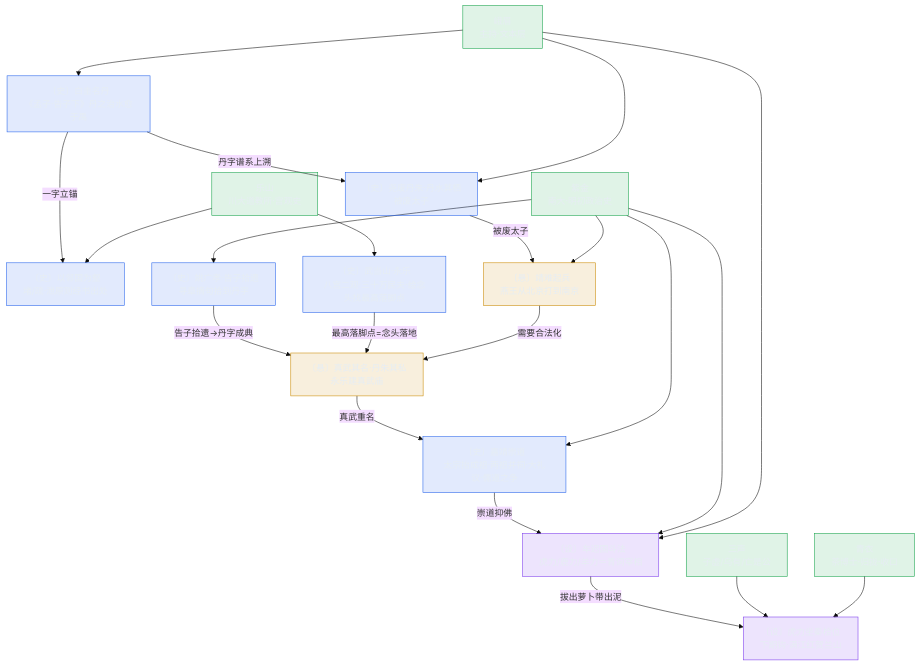
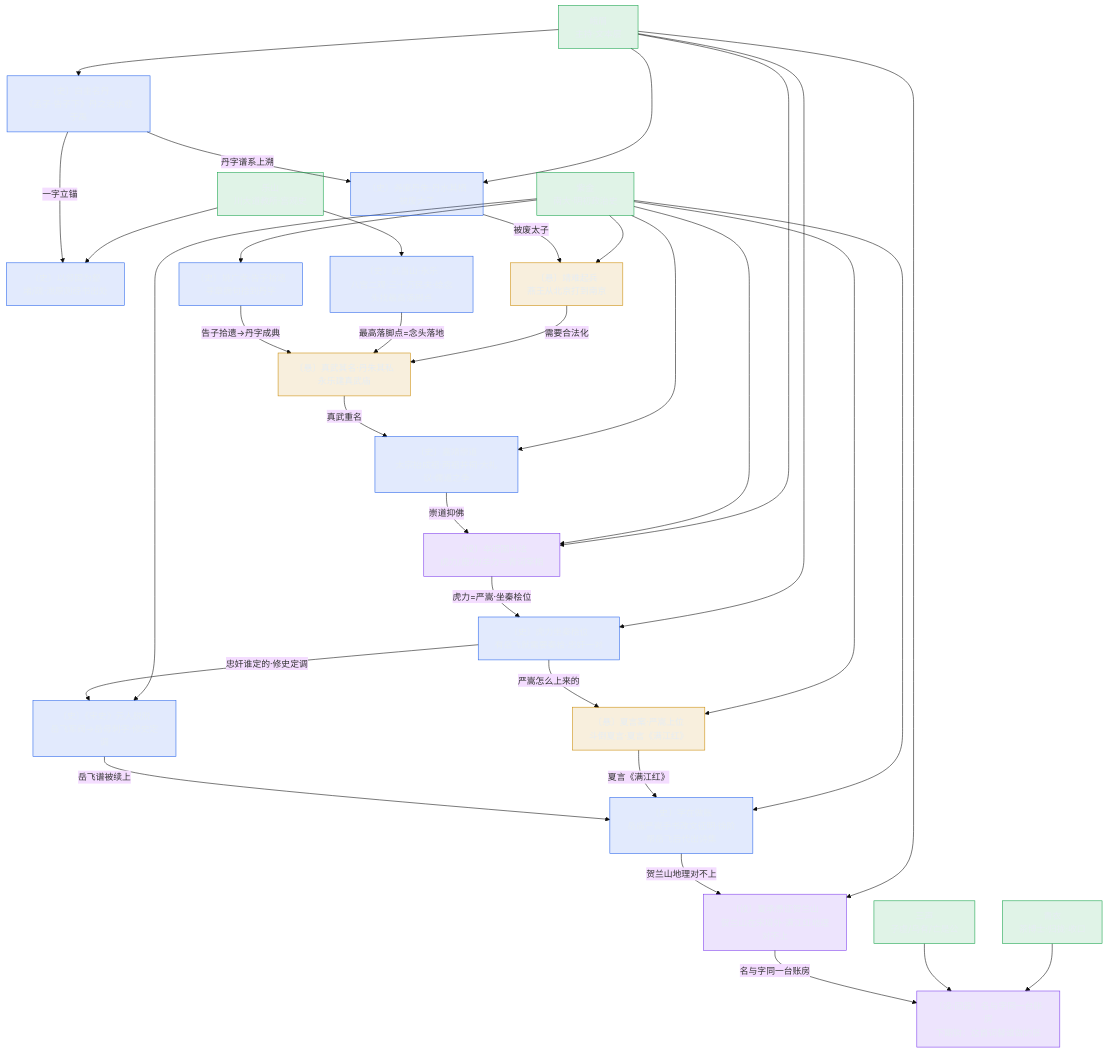
One commit to Seek-Key-LTD/kunpengzhi-podcast changed the diagram in docs/三更道场_第一期_知识图谱_mermaid.md. Above: the diagram before and after it, drawn with Mermaid (base theme). The commit also changed other lines of this file, not shown here.

Commit message:
docs: 知识图谱升级双层结构——显案丹字案+案中案满江红案，两小时时间账与回笼钩

````diff
--- a/docs/三更道场_第一期_知识图谱_mermaid.md
+++ b/docs/三更道场_第一期_知识图谱_mermaid.md
@@ -21,50 +34,70 @@
 ```mermaid
 flowchart TD
     %% ===== 人格层 =====
     qy["青衣<br/>茶博士·归拢·收口"]:::p
     em["峨眉<br/>主持·文本层"]:::p
     sx["三声<br/>子虚/乌有/亡是公"]:::p
     ls["乐山<br/>川大道教所·宫观史"]:::p
     zj["紫金<br/>南大·明初政治史"]:::p
 
-    %% ===== 知识点层（按四幕） =====
+    %% ===== 显案层（丹字案·按四幕） =====
     k1["〔史〕白圭名丹<br/>《孟子·告子下》丹之治水愈于禹"]:::s
     k2["〔史〕以邻国为壑<br/>堵/疏·泄原则经书出处"]:::s
     k3["〔史〕尧废丹朱·丹水其栖<br/>被废太子"]:::s
     k4["〔悬〕靖难起兵<br/>燕王从北京打到南京"]:::x
     k5["〔悬〕真武其名·丹朱其私<br/>永乐建真武庙"]:::x
     k6["〔史〕姚广孝·告子拾遗<br/>寻章摘句拾到丹字"]:::s
     k7["〔史〕武当山·永乐<br/>八宫二观·三十万民夫·给念头找最高落脚点"]:::s
     k8["〔史〕嘉靖崇道<br/>太宗抬成祖·两祖并祠·大礼议·儒道之争"]:::s
     k9["〔设〕车迟国斗法<br/>虎力/鹿力/羊力＝青词宰相"]:::t
-    k10["〔设〕虎力坐秦桧位<br/>下期钩·满江红贺兰山"]:::t
+
+    %% ===== 案中案层（满江红案·嵌幕四） =====
+    m1["〔史〕虎力坐秦桧位<br/>有岳飞就需要秦桧·忠奸一对"]:::s
+    m2["〔史〕《宋史》元人脱脱<br/>岳飞军阀→岳母刺字·修史定调"]:::s
+    m3["〔悬〕夏言案·严嵩上位<br/>斗倒夏言·夏言《满江红》"]:::x
+    m4["〔史〕字在做账<br/>岳庙严嵩手书改文征明·徐阶帮岳飞后代出诗集"]:::s
+    m5["〔设〕夏承焘证贺兰山<br/>贺兰山在宋境外·满江红地理对不上"]:::t
+    m6["〔设·回笼〕名与字同一台账房<br/>下期钩：这首词替谁做的账"]:::t
 
     %% ===== 人格→知识点（谁接谁） =====
     em --> k1
     em --> k3
     em --> k9
-    qy --> k10
+    em --> m1
+    em --> m5
+    qy --> m6
     ls --> k2
     ls --> k7
     zj --> k4
     zj --> k6
     zj --> k8
     zj --> k9
-    sx --> k10
+    zj --> m2
+    zj --> m3
+    zj --> m4
+    sx --> m6
 
-    %% ===== 知识点间关系（案链） =====
+    %% ===== 显案关系（案链） =====
     k1 -->|一字立锚| k2
     k1 -->|丹字谱系上溯| k3
     k3 -->|被废太子| k4
     k4 -->|需要合法化| k5
     k7 -->|最高落脚点=念头落地| k5
     k6 -->|告子拾遗→丹字成典| k5
     k5 -->|真武重名| k8
     k8 -->|崇道抑佛| k9
-    k9 -->|拔出萝卜带出泥| k10
+
+    %% ===== 案中案关系（嵌幕四·满江红重走） =====
+    k9 -->|虎力=严嵩·坐秦桧位| m1
+    m1 -->|忠奸谁定的·修史定调| m2
+    m1 -->|严嵩怎么上来的| m3
+    m3 -->|夏言《满江红》| m4
+    m2 -->|岳飞谱被续上| m4
+    m4 -->|贺兰山地理对不上| m5
+    m5 -->|名与字同一台账房| m6
 
     classDef p fill:#16a34a22,stroke:#16a34a,color:#e6edf3;
     classDef s fill:#2563eb22,stroke:#2563eb,color:#e6edf3;
     classDef x fill:#ca8a0422,stroke:#ca8a04,color:#e6edf3;
     classDef t fill:#7c3aed22,stroke:#7c3aed,color:#e6edf3;
 ```
````
